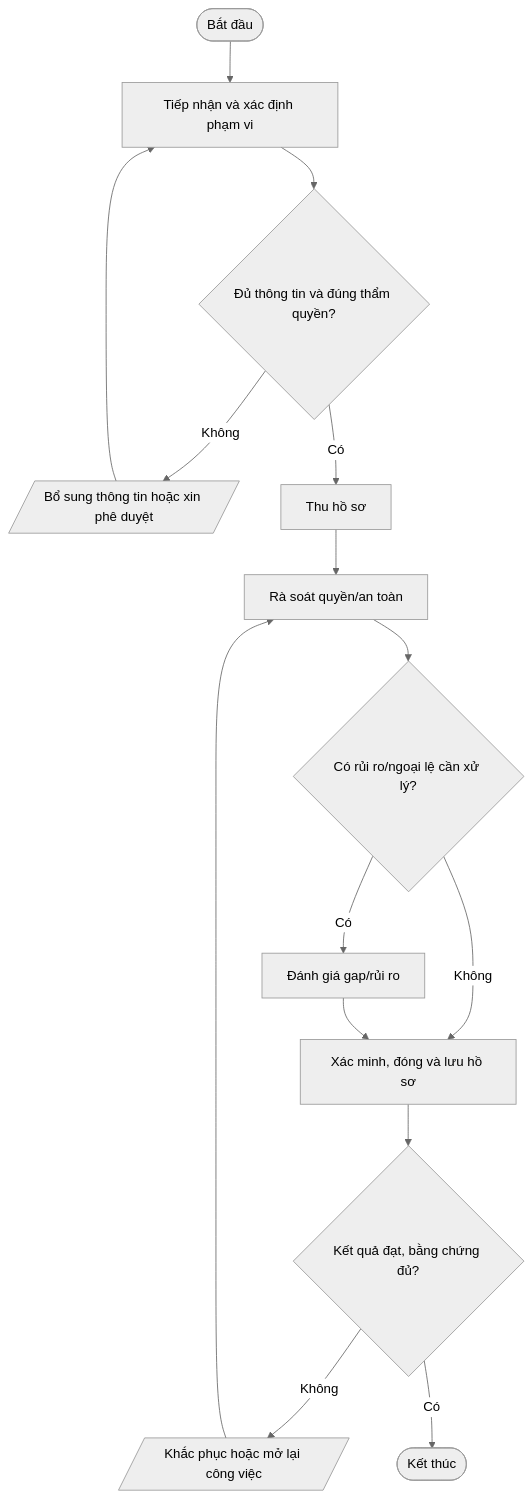
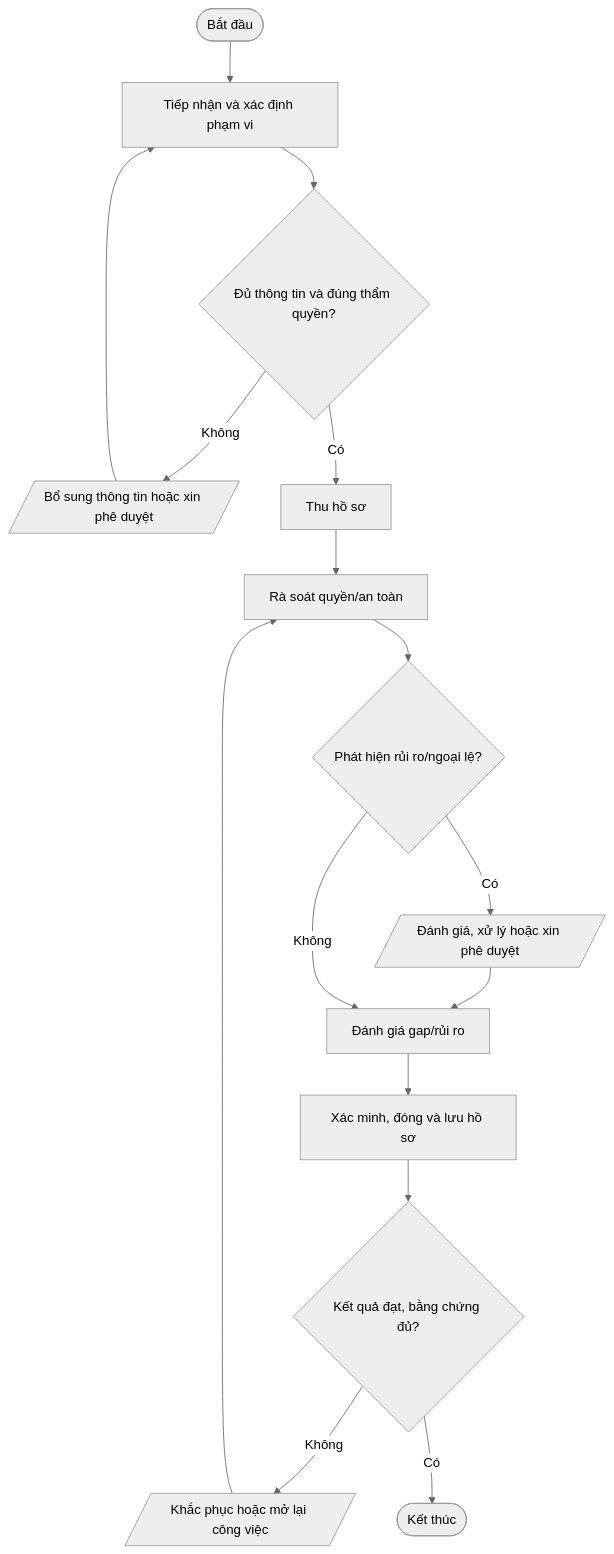
One commit to daoaigiangnam/Quy_Trinh_Chuan changed the fifth of 9 diagrams in quy-trinh/02-Van-hanh-IT/README.md. Above: the diagram before and after it, drawn with Mermaid (neutral theme). The commit also changed other lines of this file, not shown here.

Commit message:
docs: correct procedure flowchart decision paths

````diff
--- a/quy-trinh/02-Van-hanh-IT/README.md
+++ b/quy-trinh/02-Van-hanh-IT/README.md
@@ -407,17 +411,18 @@
 ```mermaid
 flowchart TD
   A([Bắt đầu]) --> S1["Tiếp nhận và xác định phạm vi"]
   S1 --> D1{"Đủ thông tin và đúng thẩm quyền?"}
   D1 -- Không --> F1[/"Bổ sung thông tin hoặc xin phê duyệt"/]
   F1 --> S1
   D1 -- Có --> S2["Thu hồ sơ"]
   S2 --> S3["Rà soát quyền/an toàn"]
-  S3 --> D2{"Có rủi ro/ngoại lệ cần xử lý?"}
-  D2 -- Có --> S4["Đánh giá gap/rủi ro"]
-  D2 -- Không --> S5["Xác minh, đóng và lưu hồ sơ"]
-  S4 --> S5
+  S3 --> D2{"Phát hiện rủi ro/ngoại lệ?"}
+  D2 -- Có --> RISK[/"Đánh giá, xử lý hoặc xin phê duyệt"/]
+  RISK --> S4["Đánh giá gap/rủi ro"]
+  D2 -- Không --> S4
+  S4 --> S5["Xác minh, đóng và lưu hồ sơ"]
   S5 --> D3{"Kết quả đạt, bằng chứng đủ?"}
   D3 -- Không --> R[/"Khắc phục hoặc mở lại công việc"/]
   R --> S3
   D3 -- Có --> Z([Kết thúc])
 ```
````
